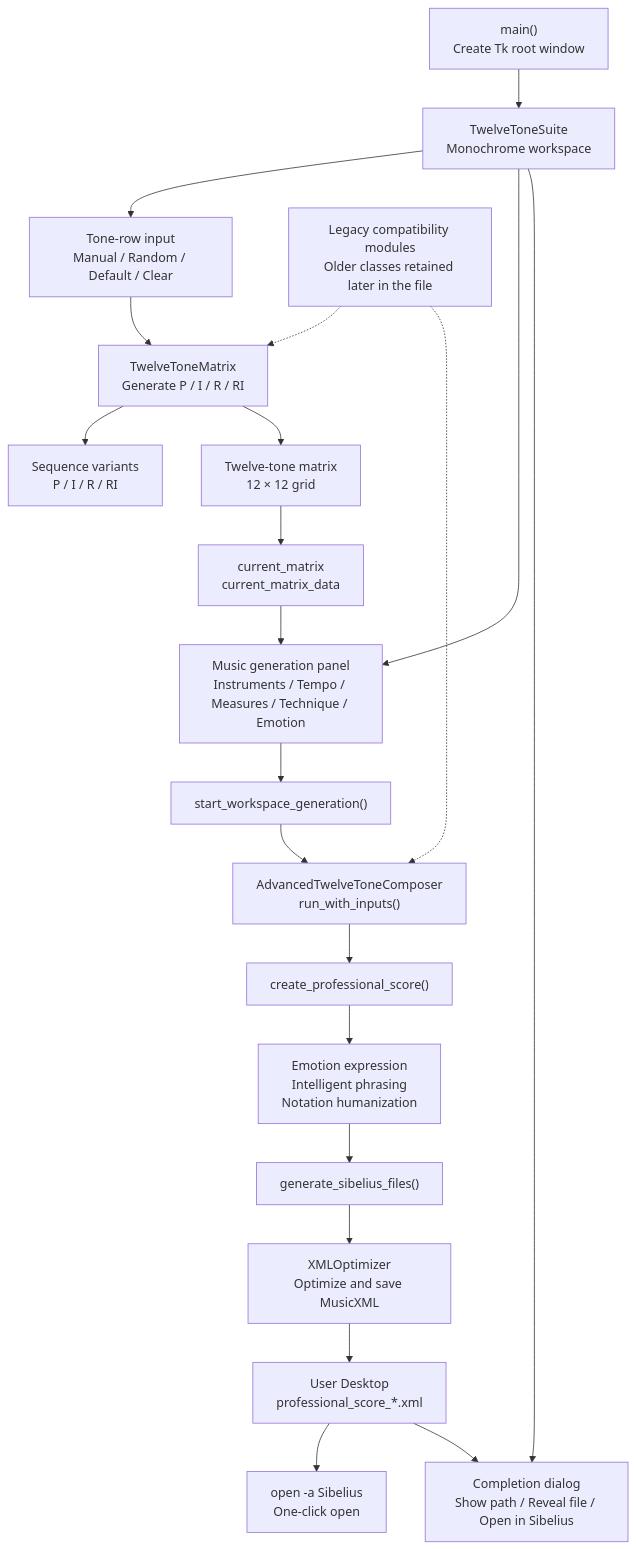
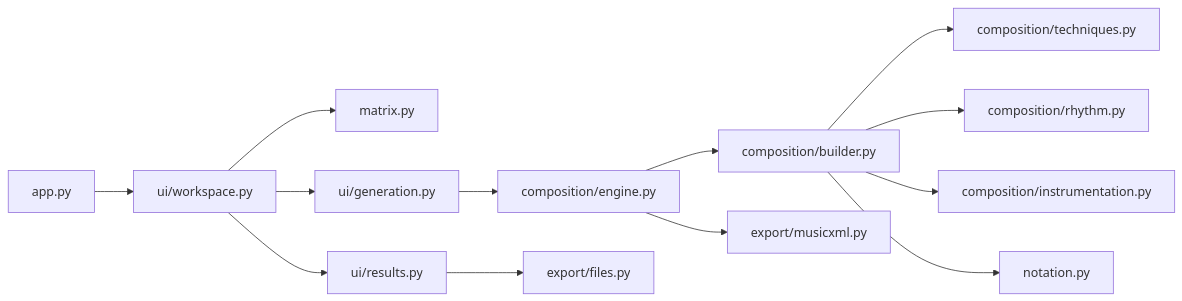
Before and after one commit to xudongdai-ai/twelve-tone-suite: the diagram in README.md, drawn with Mermaid. The commit also changed other lines of this file and 34 other files, not shown here.

First line of the commit message:
Refactor twelve-tone suite into implementation modules

````diff
--- a/README.md
+++ b/README.md
@@ -96,27 +68,15 @@
 ```mermaid
-flowchart TD
-    Main["main()\nCreate Tk root window"] --> UI["TwelveToneSuite\nMonochrome workspace"]
-
-    UI --> Input["Tone-row input\nManual / Random / Default / Clear"]
-    Input --> MatrixCore["TwelveToneMatrix\nGenerate P / I / R / RI"]
-    MatrixCore --> Variants["Sequence variants\nP / I / R / RI"]
-    MatrixCore --> MatrixView["Twelve-tone matrix\n12 × 12 grid"]
-    MatrixView --> CurrentMatrix["current_matrix\ncurrent_matrix_data"]
-
-    UI --> MusicPanel["Music generation panel\nInstruments / Tempo / Measures / Technique / Emotion"]
-    CurrentMatrix --> MusicPanel
-    MusicPanel --> Generate["start_workspace_generation()"]
-    Generate --> Composer["AdvancedTwelveToneComposer\nrun_with_inputs()"]
-    Composer --> Score["create_professional_score()"]
-    Score --> Techniques["Emotion expression\nIntelligent phrasing\nNotation humanization"]
-    Techniques --> MusicXML["generate_sibelius_files()"]
-    MusicXML --> Optimizer["XMLOptimizer\nOptimize and save MusicXML"]
-    Optimizer --> Desktop["User Desktop\nprofessional_score_*.xml"]
-    Desktop --> OpenSibelius["open -a Sibelius\nOne-click open"]
-
-    UI --> Result["Completion dialog\nShow path / Reveal file / Open in Sibelius"]
-    Desktop --> Result
-
-    Legacy["Legacy compatibility modules\nOlder classes retained later in the file"] -.-> MatrixCore
-    Legacy -.-> Composer
+flowchart LR
+    Entry["app.py"] --> UI["ui/workspace.py"]
+    UI --> Matrix["matrix.py"]
+    UI --> Task["ui/generation.py"]
+    Task --> Engine["composition/engine.py"]
+    Engine --> Builder["composition/builder.py"]
+    Builder --> Techniques["composition/techniques.py"]
+    Builder --> Rhythm["composition/rhythm.py"]
+    Builder --> Instruments["composition/instrumentation.py"]
+    Builder --> Notation["notation.py"]
+    Engine --> XML["export/musicxml.py"]
+    UI --> Result["ui/results.py"]
+    Result --> Files["export/files.py"]
 ```
````
